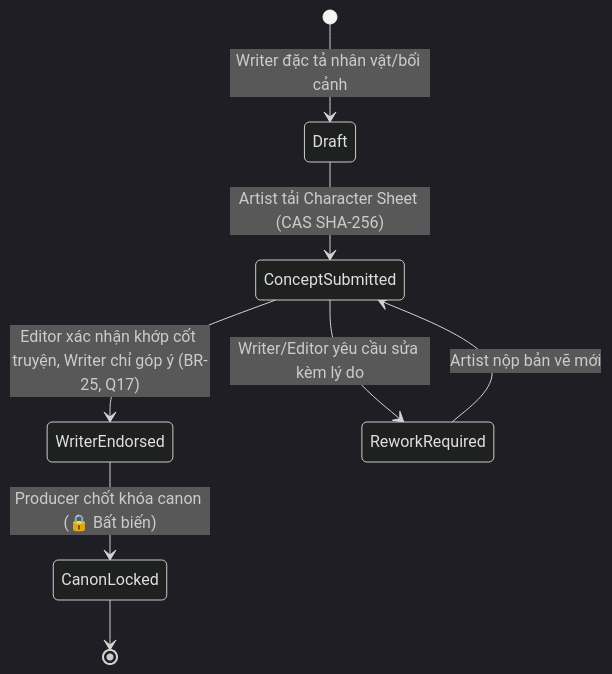
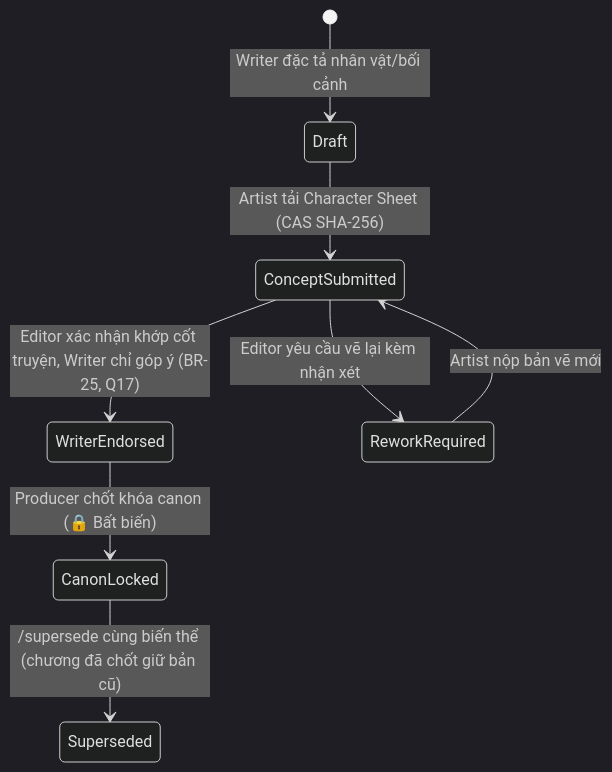
Before and after one commit to tkiennt/panelforge-hubs: the third of 4 diagrams in docs/standards/PanelForge_Ubiquitous_Language_and_State_Glossary.md, drawn with Mermaid (dark theme). The commit also changed other lines of this file and 100 other files, not shown here.

````diff
--- a/docs/standards/PanelForge_Ubiquitous_Language_and_State_Glossary.md
+++ b/docs/standards/PanelForge_Ubiquitous_Language_and_State_Glossary.md
@@ -117,10 +123,10 @@
 ```mermaid
 stateDiagram-v2
     [*] --> Draft: Writer đặc tả nhân vật/bối cảnh
     Draft --> ConceptSubmitted: Artist tải Character Sheet (CAS SHA-256)
     ConceptSubmitted --> WriterEndorsed: Editor xác nhận khớp cốt truyện, Writer chỉ góp ý (BR-25, Q17)
-    ConceptSubmitted --> ReworkRequired: Writer/Editor yêu cầu sửa kèm lý do
+    ConceptSubmitted --> ReworkRequired: Editor yêu cầu vẽ lại kèm nhận xét
     ReworkRequired --> ConceptSubmitted: Artist nộp bản vẽ mới
     WriterEndorsed --> CanonLocked: Producer chốt khóa canon (🔒 Bất biến)
-    CanonLocked --> [*]
+    CanonLocked --> Superseded: /supersede cùng biến thể (chương đã chốt giữ bản cũ)
 ```
````
